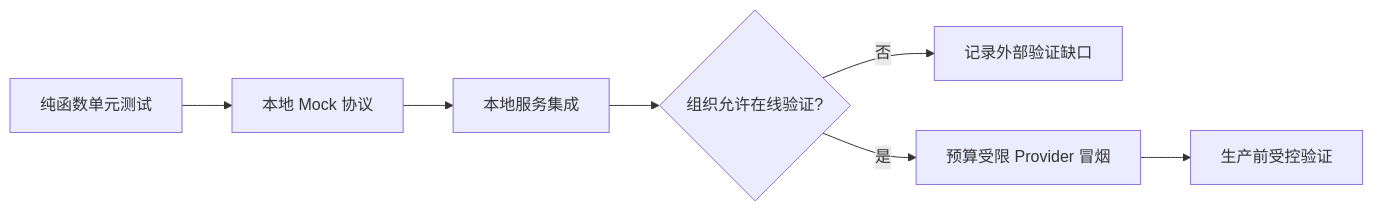
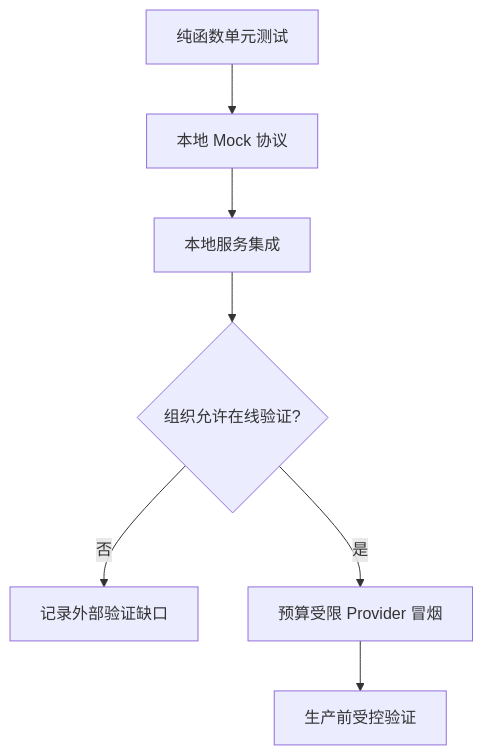
Before and after one commit to wujinjun/ai-agent-book: the diagram in docs/training/offline-training-pack.md, drawn with Mermaid. The commit also changed 536 other files, not shown here.

````diff
--- a/docs/training/offline-training-pack.md
+++ b/docs/training/offline-training-pack.md
@@ -27,9 +27,9 @@
 ```mermaid
-flowchart LR
+flowchart TB
     A[纯函数单元测试] --> B[本地 Mock 协议]
     B --> C[本地服务集成]
     C --> D{组织允许在线验证?}
     D -- 否 --> E[记录外部验证缺口]
     D -- 是 --> F[预算受限 Provider 冒烟]
     F --> G[生产前受控验证]
 ```
````
